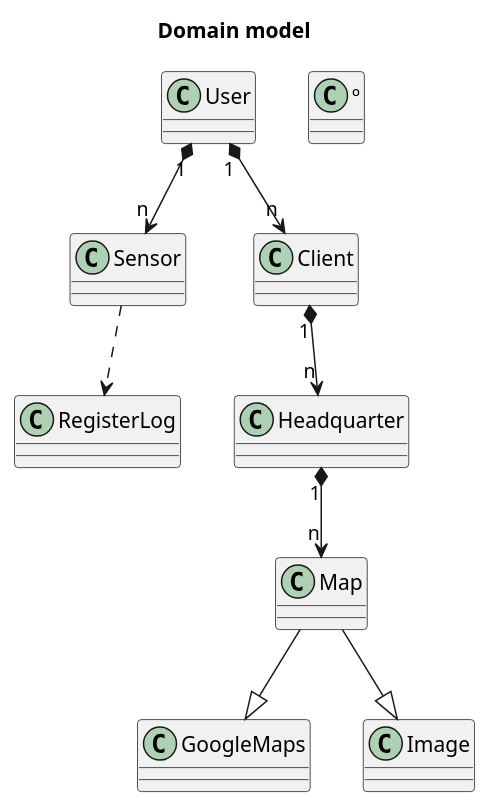
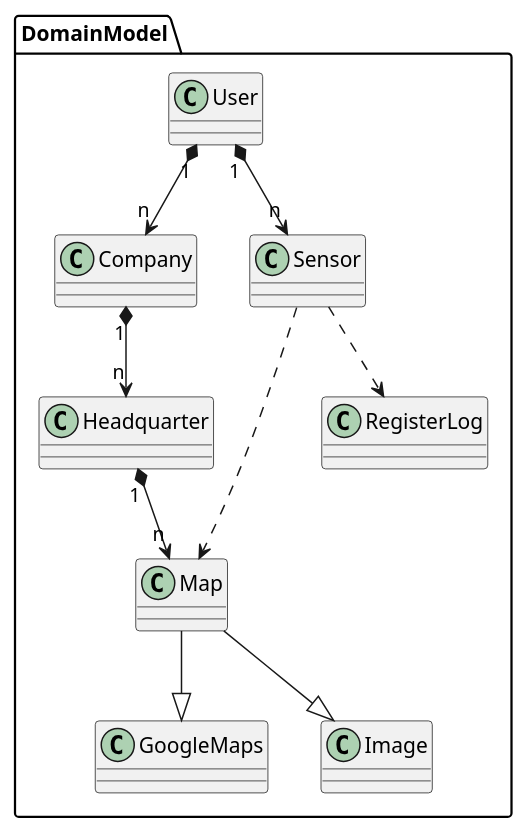
The diagram in docs/src/domainModel/domainModel.puml (jumpering/pestmonitors), drawn with PlantUML before and after one commit. The commit also changed 8 other files, not shown here.

```diff
--- a/docs/src/domainModel/domainModel.puml
+++ b/docs/src/domainModel/domainModel.puml
@@ -1,20 +1,24 @@
 @startuml
-title Domain model
+'title Domain model
+namespace DomainModel{
 class User
-class º
+class Company
 class Headquarter
 class Map
 class GoogleMaps
 class Image
 class Sensor
 class RegisterLog
 
 User "1" *--> "n" Sensor
-User "1" *--> "n" Client
-Client "1" *--> "n" Headquarter
+User "1" *--> "n" Company
+Company "1" *--> "n" Headquarter
 Headquarter "1" *--> "n" Map
 Map -down-|> GoogleMaps
 Map -down-|> Image
 
+Sensor ..> Map
+
 Sensor ..> RegisterLog
+}
 @enduml
```
